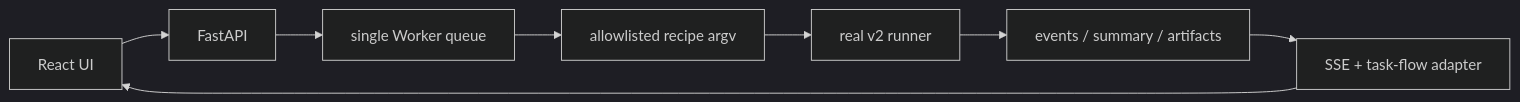
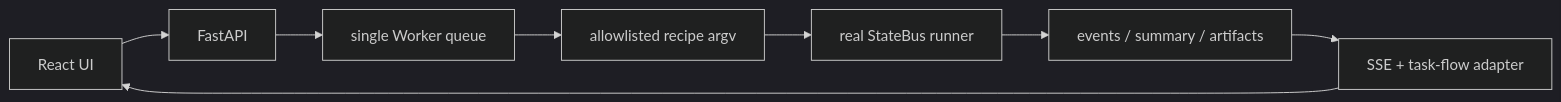
The diagram in docs/implementation/06-statebus-studio.md (qcrs/os), drawn with Mermaid (dark theme) before and after one commit. The commit also changed other lines of this file and 556 other files, not shown here.

````diff
--- a/docs/implementation/06-statebus-studio.md
+++ b/docs/implementation/06-statebus-studio.md
@@ -11,10 +11,10 @@
 ```mermaid
 flowchart LR
     FE[React UI] --> API[FastAPI]
     API --> Q[single Worker queue]
     Q --> RECIPE[allowlisted recipe argv]
-    RECIPE --> RUN[real v2 runner]
+    RECIPE --> RUN[real StateBus runner]
     RUN --> FACTS[events / summary / artifacts]
     FACTS --> SSE[SSE + task-flow adapter]
     SSE --> FE
 ```
````
